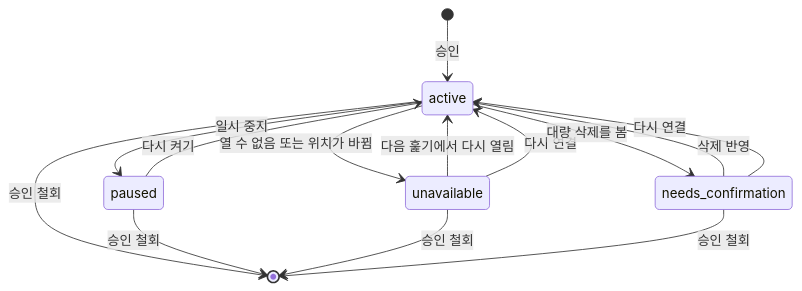
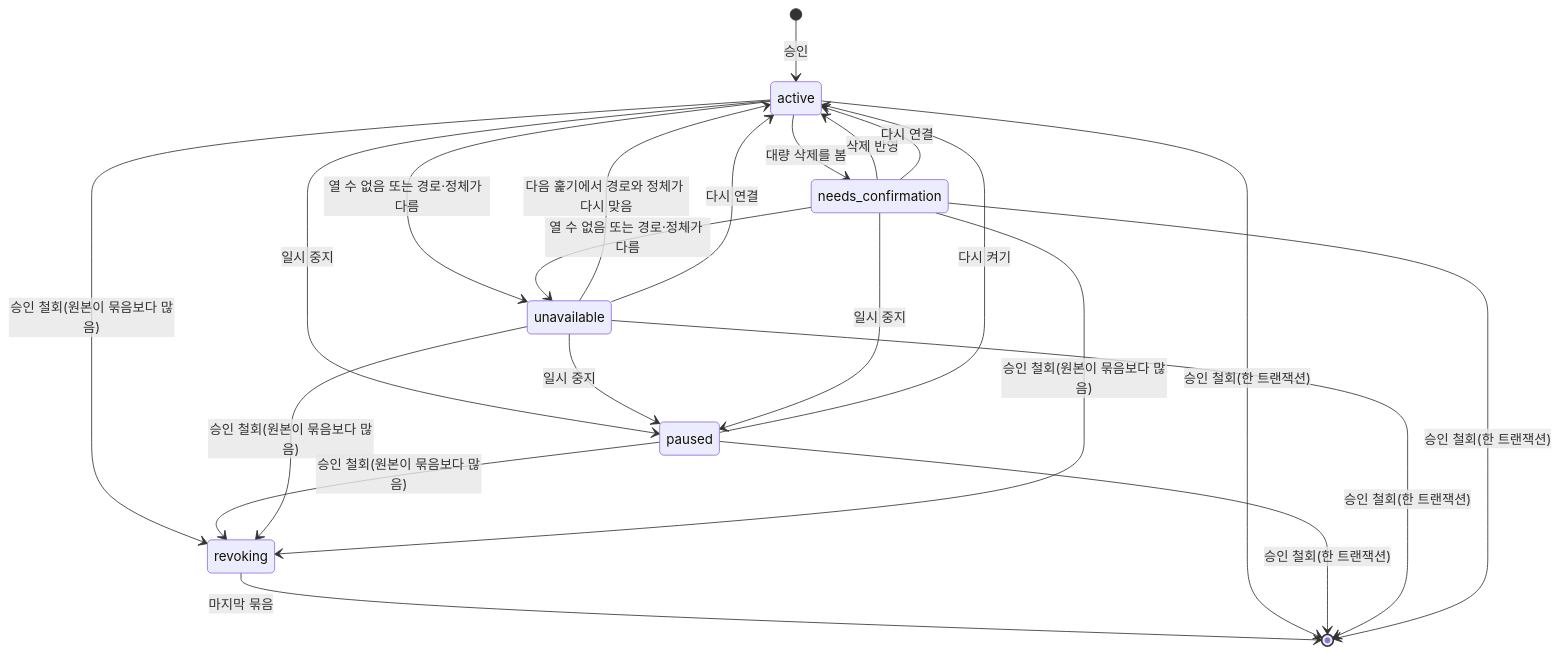
Before and after one commit to nohdol97/PKI: the third of 4 diagrams in docs/specs/2026-11-22-I02-local-file-import.md, drawn with Mermaid. The commit also changed other lines of this file and 1 other file, not shown here.

````diff
--- a/docs/specs/2026-11-22-I02-local-file-import.md
+++ b/docs/specs/2026-11-22-I02-local-file-import.md
@@ -410,16 +562,24 @@
 ```mermaid
 stateDiagram-v2
   [*] --> active: 승인
   active --> paused: 일시 중지
+  unavailable --> paused: 일시 중지
+  needs_confirmation --> paused: 일시 중지
   paused --> active: 다시 켜기
-  active --> unavailable: 열 수 없음 또는 위치가 바뀜
-  unavailable --> active: 다음 훑기에서 다시 열림
+  active --> unavailable: 열 수 없음 또는 경로·정체가 다름
+  needs_confirmation --> unavailable: 열 수 없음 또는 경로·정체가 다름
+  unavailable --> active: 다음 훑기에서 경로와 정체가 다시 맞음
   unavailable --> active: 다시 연결
   active --> needs_confirmation: 대량 삭제를 봄
   needs_confirmation --> active: 삭제 반영
   needs_confirmation --> active: 다시 연결
-  active --> [*]: 승인 철회
-  paused --> [*]: 승인 철회
-  unavailable --> [*]: 승인 철회
-  needs_confirmation --> [*]: 승인 철회
+  active --> revoking: 승인 철회(원본이 묶음보다 많음)
+  paused --> revoking: 승인 철회(원본이 묶음보다 많음)
+  unavailable --> revoking: 승인 철회(원본이 묶음보다 많음)
+  needs_confirmation --> revoking: 승인 철회(원본이 묶음보다 많음)
+  revoking --> [*]: 마지막 묶음
+  active --> [*]: 승인 철회(한 트랜잭션)
+  paused --> [*]: 승인 철회(한 트랜잭션)
+  unavailable --> [*]: 승인 철회(한 트랜잭션)
+  needs_confirmation --> [*]: 승인 철회(한 트랜잭션)
 ```
````
